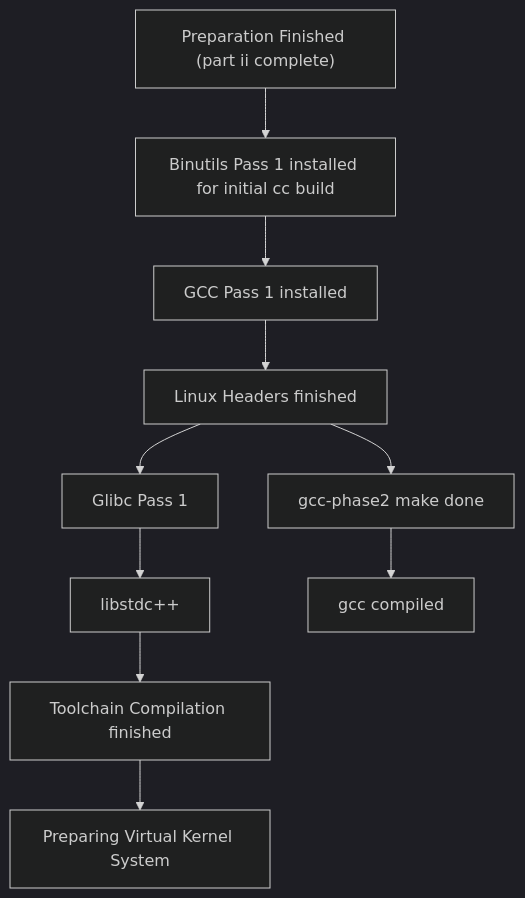
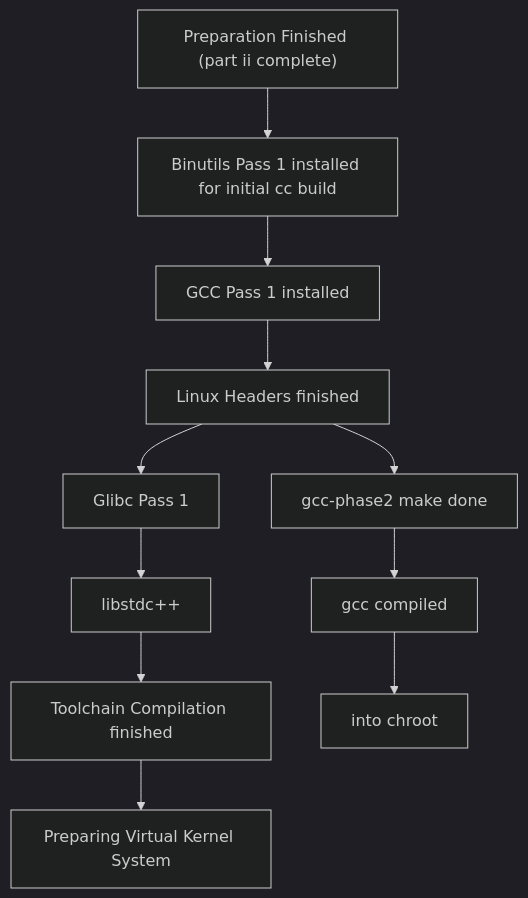
The diagram in snapshots.md (Somayyah/lfs), drawn with Mermaid (dark theme) before and after one commit.

Commit message:
Finally into chroot

````diff
--- a/snapshots.md
+++ b/snapshots.md
@@ -5,16 +5,18 @@
 ```mermaid
 flowchart TD;
     A["Preparation Finished (part ii complete)"]
     B["Binutils Pass 1 installed for initial cc build"]
     C["GCC Pass 1 installed"]
     D["Linux Headers finished"]
     E["Glibc Pass 1"]
     F["libstdc++"]
     G["Toolchain Compilation finished"]
     H["Preparing Virtual Kernel System"]
 
     D2["gcc-phase2 make done"]
-	C2[gcc compiled]
+	E2["gcc compiled"]
+	F2["into chroot"]
+	
     A --> B --> C --> D --> E --> F --> G --> H;
-    D --> D2 --> C2;
+    D --> D2 --> E2 --> F2;
 ```
````
